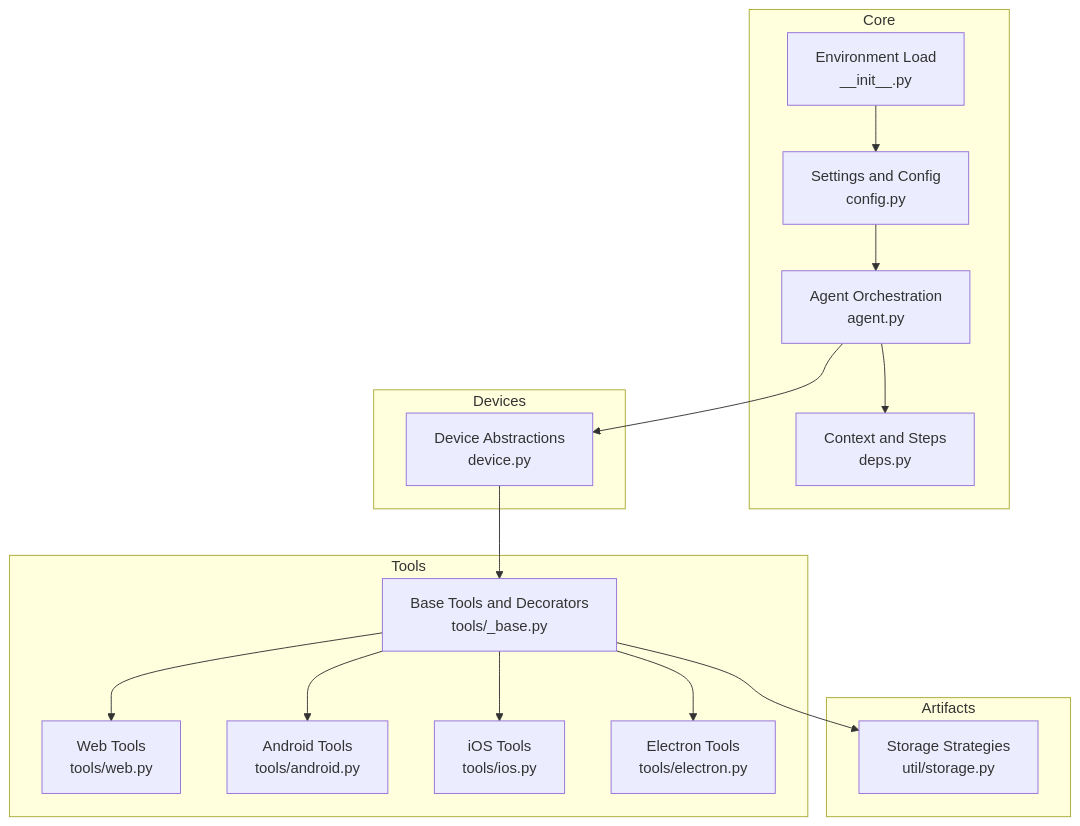
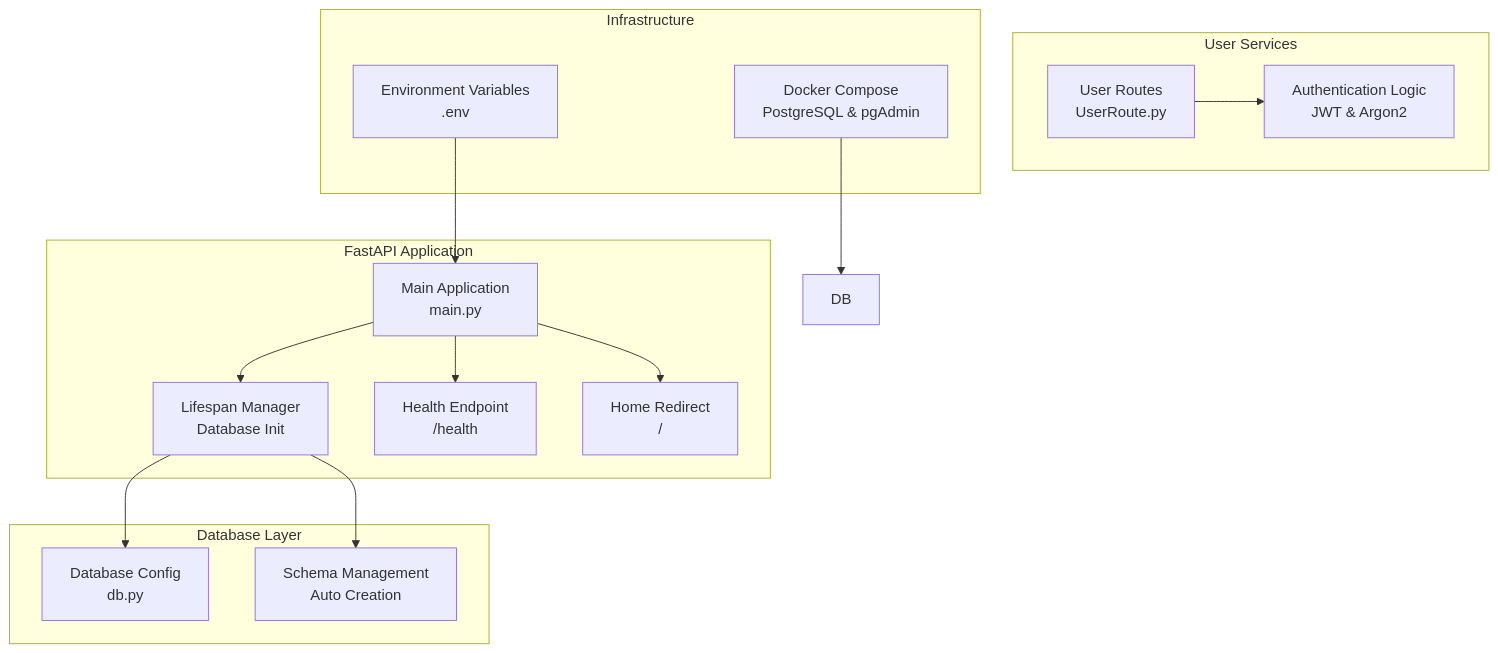
Before and after one commit to srikant-panda/auth-service: the first of 3 diagrams in .qoder/repowiki/en/content/Advanced Topics/Monitoring and Observability.md, drawn with Mermaid. The commit also changed other lines of this file and 19 other files, not shown here.

Commit message:
Update authentication service: add email service, refactor models and services

````diff
--- a/.qoder/repowiki/en/content/Advanced Topics/Monitoring and Observability.md
+++ b/.qoder/repowiki/en/content/Advanced Topics/Monitoring and Observability.md
@@ -43,32 +43,29 @@
 ```mermaid
 graph TB
-subgraph "Core"
-CFG["Settings and Config<br/>config.py"]
-INIT["Environment Load<br/>__init__.py"]
-AG["Agent Orchestration<br/>agent.py"]
-DEPS["Context and Steps<br/>deps.py"]
+subgraph "FastAPI Application"
+MAIN["Main Application<br/>main.py"]
+LIFESPAN["Lifespan Manager<br/>Database Init"]
+HEALTH["Health Endpoint<br/>/health"]
+HOME["Home Redirect<br/>/"]
 end
-subgraph "Devices"
-DEV["Device Abstractions<br/>device.py"]
+subgraph "Database Layer"
+DBCFG["Database Config<br/>db.py"]
+SCHEMA["Schema Management<br/>Auto Creation"]
 end
-subgraph "Tools"
-BASE["Base Tools and Decorators<br/>tools/_base.py"]
-WEB["Web Tools<br/>tools/web.py"]
-ANDR["Android Tools<br/>tools/android.py"]
-IOS["iOS Tools<br/>tools/ios.py"]
-ELEC["Electron Tools<br/>tools/electron.py"]
+subgraph "User Services"
+USER["User Routes<br/>UserRoute.py"]
+AUTH["Authentication Logic<br/>JWT & Argon2"]
 end
-subgraph "Artifacts"
-STORE["Storage Strategies<br/>util/storage.py"]
+subgraph "Infrastructure"
+DOCKER["Docker Compose<br/>PostgreSQL & pgAdmin"]
+ENV["Environment Variables<br/>.env"]
 end
-INIT --> CFG
-CFG --> AG
-AG --> DEPS
-AG --> DEV
-DEV --> BASE
-BASE --> WEB
-BASE --> ANDR
-BASE --> IOS
-BASE --> ELEC
-BASE --> STORE
+MAIN --> LIFESPAN
+MAIN --> HEALTH
+MAIN --> HOME
+LIFESPAN --> DBCFG
+LIFESPAN --> SCHEMA
+USER --> AUTH
+DOCKER --> DB
+ENV --> MAIN
 ```
````
